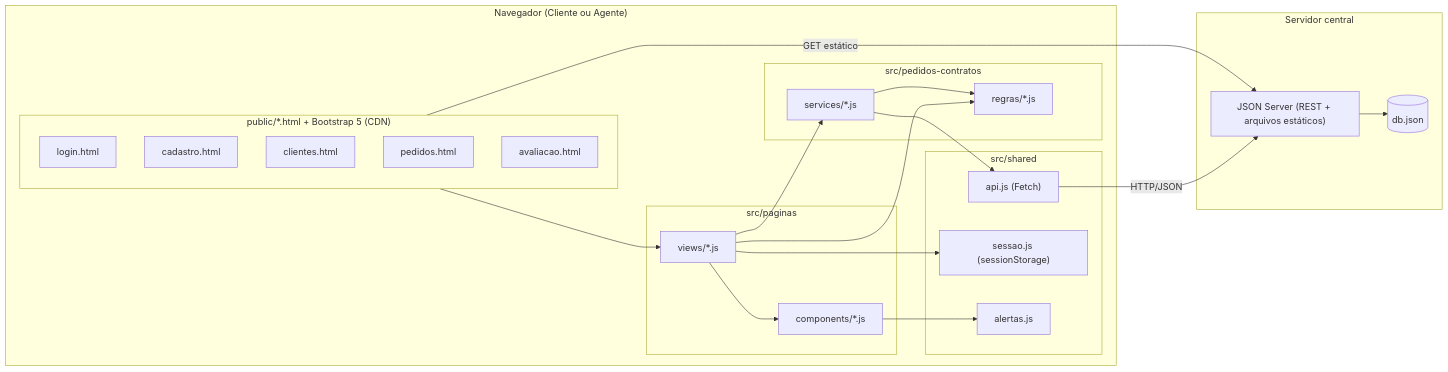
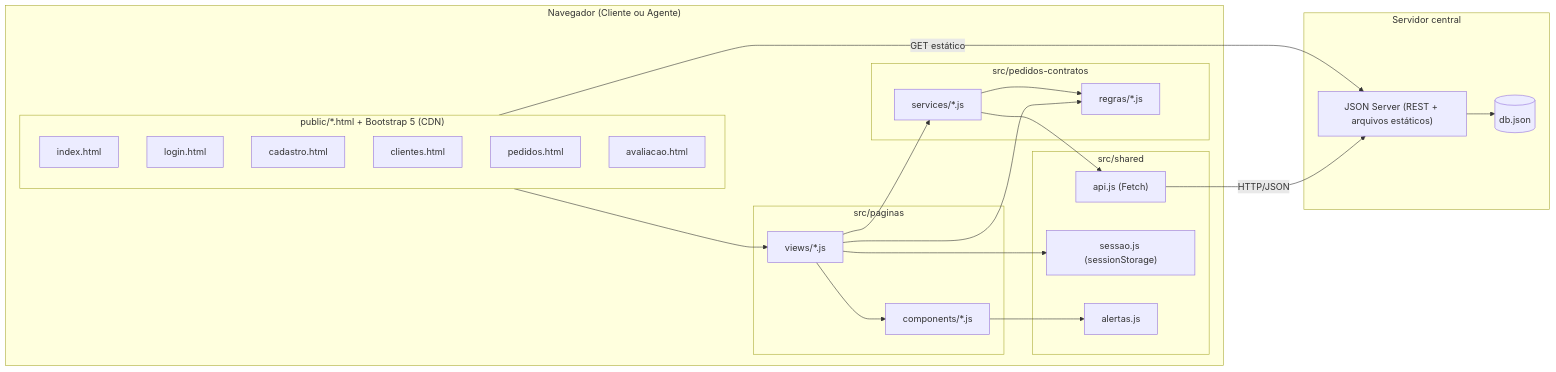
The diagram in docs/diagramas/componentes.md (Arthur-Bicalho/DIW-Lab2), drawn with Mermaid before and after one commit. The commit also changed other lines of this file and 16 other files, not shown here.

````diff
--- a/docs/diagramas/componentes.md
+++ b/docs/diagramas/componentes.md
@@ -5,41 +5,42 @@
 ```mermaid
 flowchart LR
     subgraph navegador["Navegador (Cliente ou Agente)"]
         subgraph html["public/*.html + Bootstrap 5 (CDN)"]
+            index["index.html"]
             login["login.html"]
             cadastro["cadastro.html"]
             clientes["clientes.html"]
             pedidos["pedidos.html"]
             avaliacao["avaliacao.html"]
         end
         subgraph paginas["src/paginas"]
             views["views/*.js"]
             comp["components/*.js"]
         end
         subgraph pc["src/pedidos-contratos"]
             svc["services/*.js"]
             reg["regras/*.js"]
         end
         subgraph sh["src/shared"]
             api["api.js (Fetch)"]
             ses["sessao.js (sessionStorage)"]
             alr["alertas.js"]
         end
     end
     subgraph servidor["Servidor central"]
         js["JSON Server (REST + arquivos estáticos)"]
         db[("db.json")]
     end
 
     html --> views
     views --> comp
     views --> svc
     views --> reg
     views --> ses
     comp --> alr
     svc --> reg
     svc --> api
     api -- "HTTP/JSON" --> js
     js --> db
     html -- "GET estático" --> js
 ```
````
